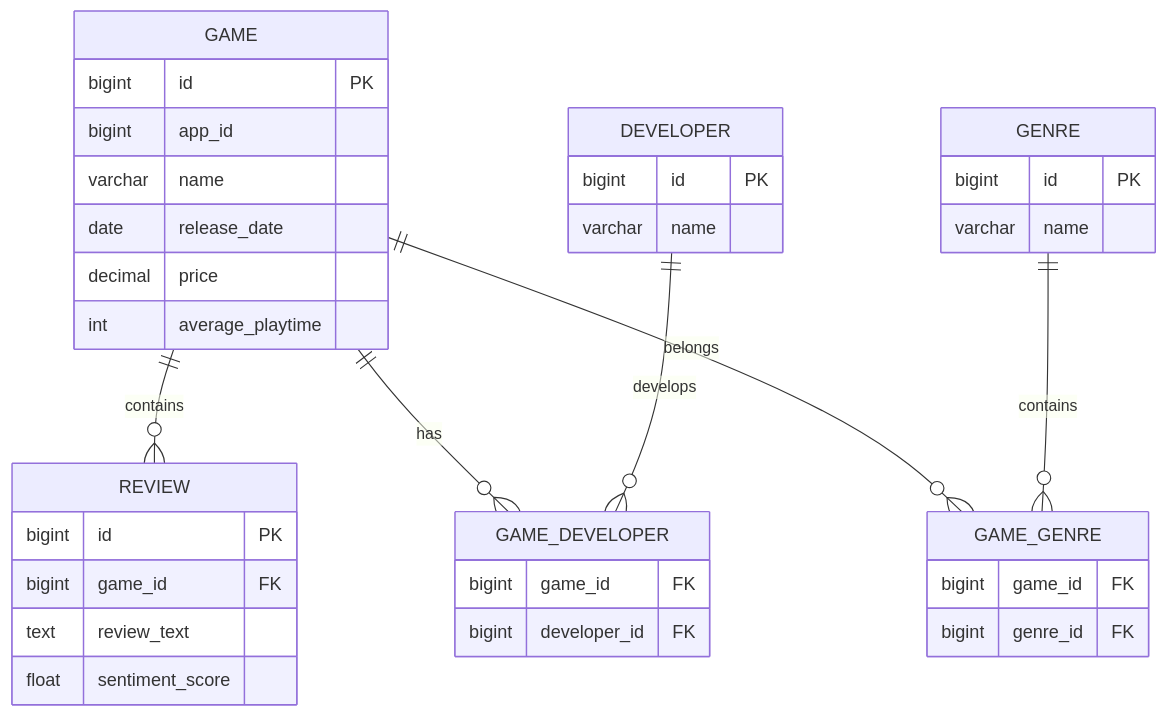
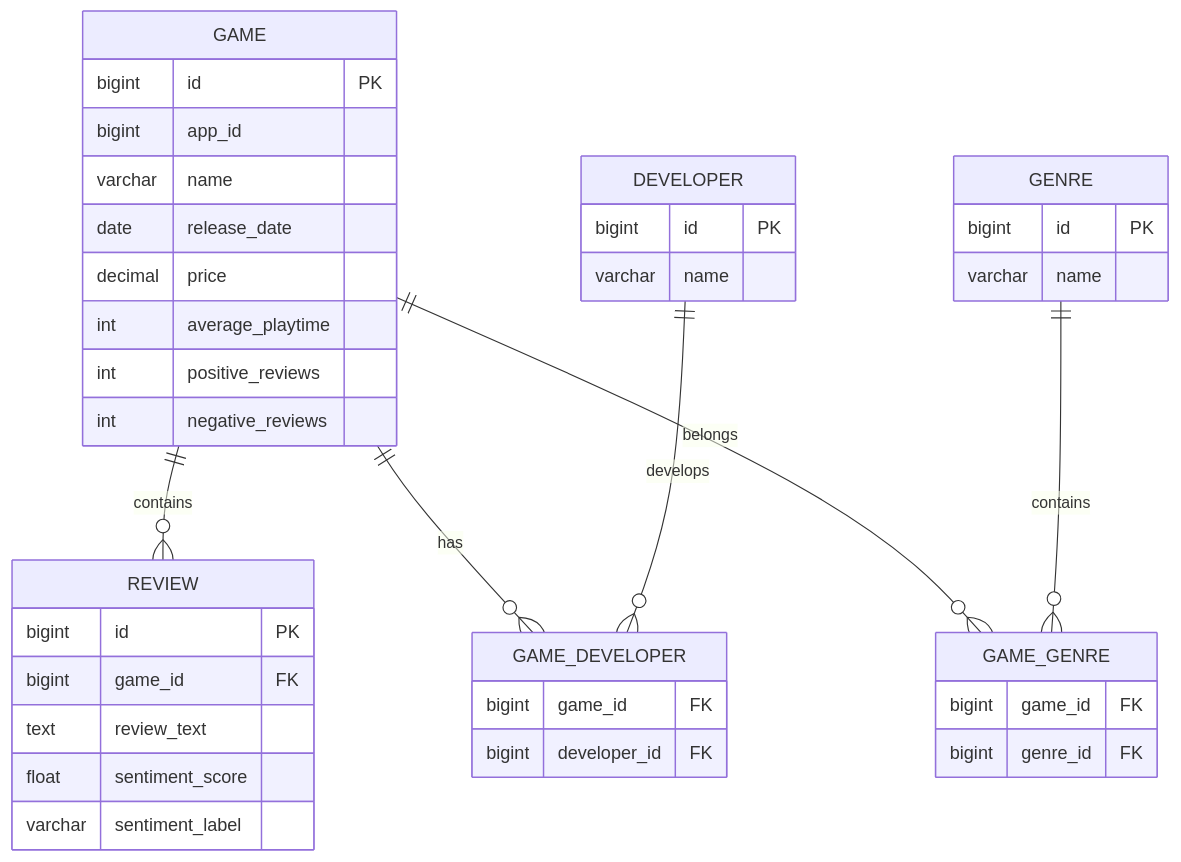
One commit to Rachit47/Arcademia-AI changed the seventh of 25 diagrams in docs/ArcademiaAI_Software_Design_Document.md. Above: the diagram before and after it, drawn with Mermaid. The commit also changed other lines of this file, not shown here.

````diff
--- a/docs/ArcademiaAI_Software_Design_Document.md
+++ b/docs/ArcademiaAI_Software_Design_Document.md
@@ -749,50 +1059,53 @@
 ```mermaid
 erDiagram
 
 GAME {
     bigint id PK
     bigint app_id
     varchar name
     date release_date
     decimal price
     int average_playtime
+    int positive_reviews
+    int negative_reviews
 }
 
 DEVELOPER {
     bigint id PK
     varchar name
 }
 
 GENRE {
     bigint id PK
     varchar name
 }
 
 REVIEW {
     bigint id PK
     bigint game_id FK
     text review_text
     float sentiment_score
+    varchar sentiment_label
 }
 
 GAME_DEVELOPER {
     bigint game_id FK
     bigint developer_id FK
 }
 
 GAME_GENRE {
     bigint game_id FK
     bigint genre_id FK
 }
 
 
 GAME ||--o{ REVIEW : contains
 
 GAME ||--o{ GAME_DEVELOPER : has
 
 DEVELOPER ||--o{ GAME_DEVELOPER : develops
 
 GAME ||--o{ GAME_GENRE : belongs
 
 GENRE ||--o{ GAME_GENRE : contains
 ```
````
